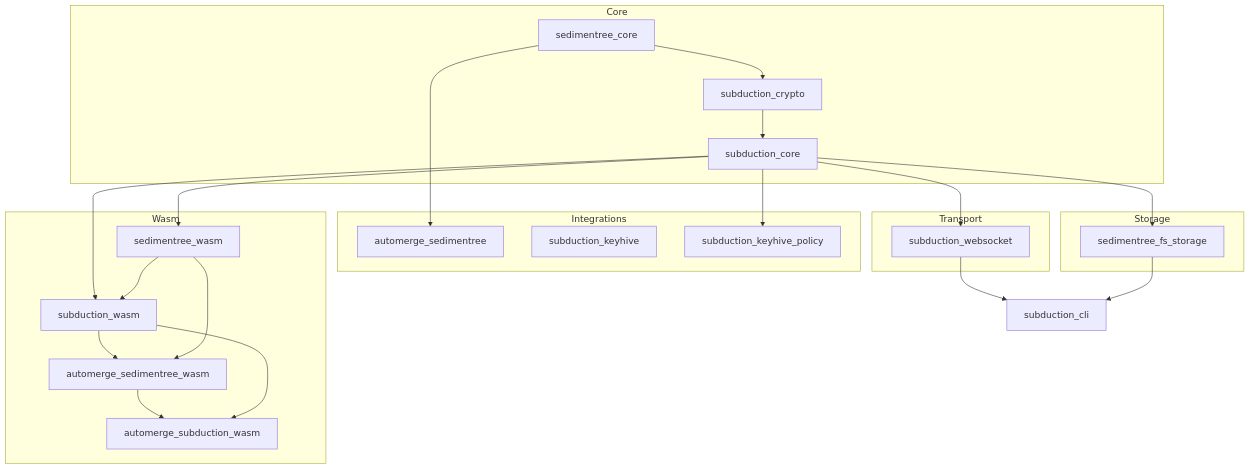
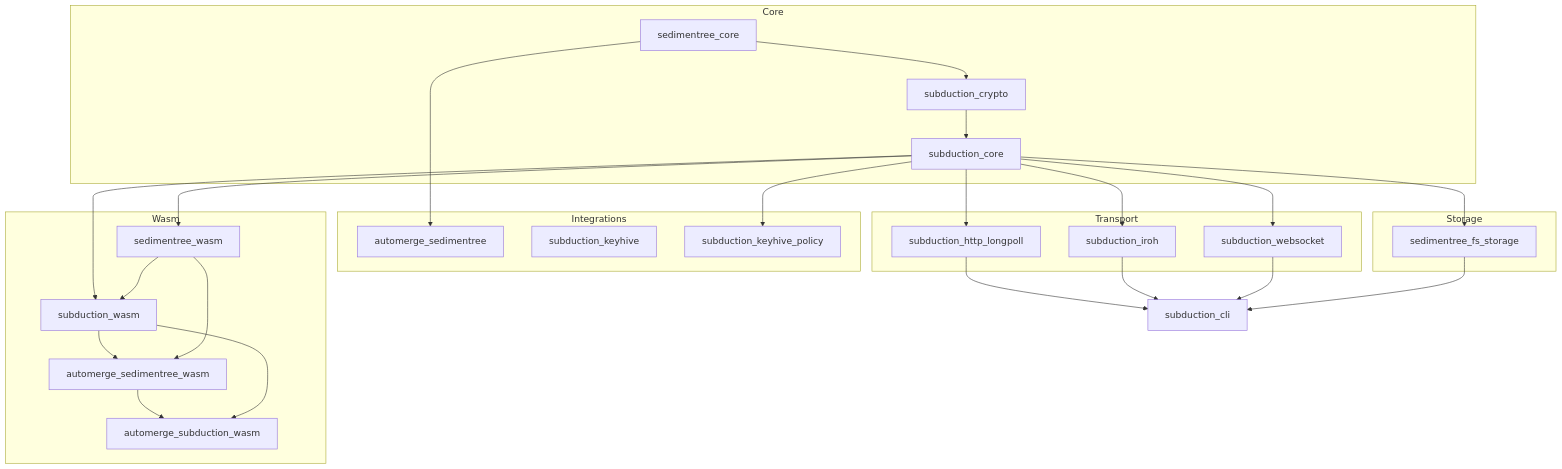
The diagram in README.md (inkandswitch/subduction), drawn with Mermaid before and after one commit. The commit also changed other lines of this file and 41 other files, not shown here.

````diff
--- a/README.md
+++ b/README.md
@@ -29,53 +29,59 @@
 ```mermaid
 graph TD
     subgraph Core
         sedimentree_core
         subduction_crypto
         subduction_core
     end
 
     subgraph Storage
         sedimentree_fs_storage
     end
 
     subgraph Transport
+        subduction_http_longpoll
+        subduction_iroh
         subduction_websocket
     end
 
     subgraph Integrations
         automerge_sedimentree
         subduction_keyhive
         subduction_keyhive_policy
     end
 
     subgraph Wasm
         sedimentree_wasm
         subduction_wasm
         automerge_sedimentree_wasm
         automerge_subduction_wasm
     end
 
     subduction_cli
 
     sedimentree_core --> subduction_crypto
     subduction_crypto --> subduction_core
 
     sedimentree_core --> automerge_sedimentree
 
     subduction_core --> sedimentree_fs_storage
+    subduction_core --> subduction_http_longpoll
+    subduction_core --> subduction_iroh
     subduction_core --> subduction_websocket
     subduction_core --> subduction_keyhive_policy
 
     subduction_core --> sedimentree_wasm
     subduction_core --> subduction_wasm
     sedimentree_wasm --> subduction_wasm
 
     subduction_wasm --> automerge_sedimentree_wasm
     sedimentree_wasm --> automerge_sedimentree_wasm
 
     automerge_sedimentree_wasm --> automerge_subduction_wasm
     subduction_wasm --> automerge_subduction_wasm
 
+    subduction_http_longpoll --> subduction_cli
+    subduction_iroh --> subduction_cli
     subduction_websocket --> subduction_cli
     sedimentree_fs_storage --> subduction_cli
 ```
````
